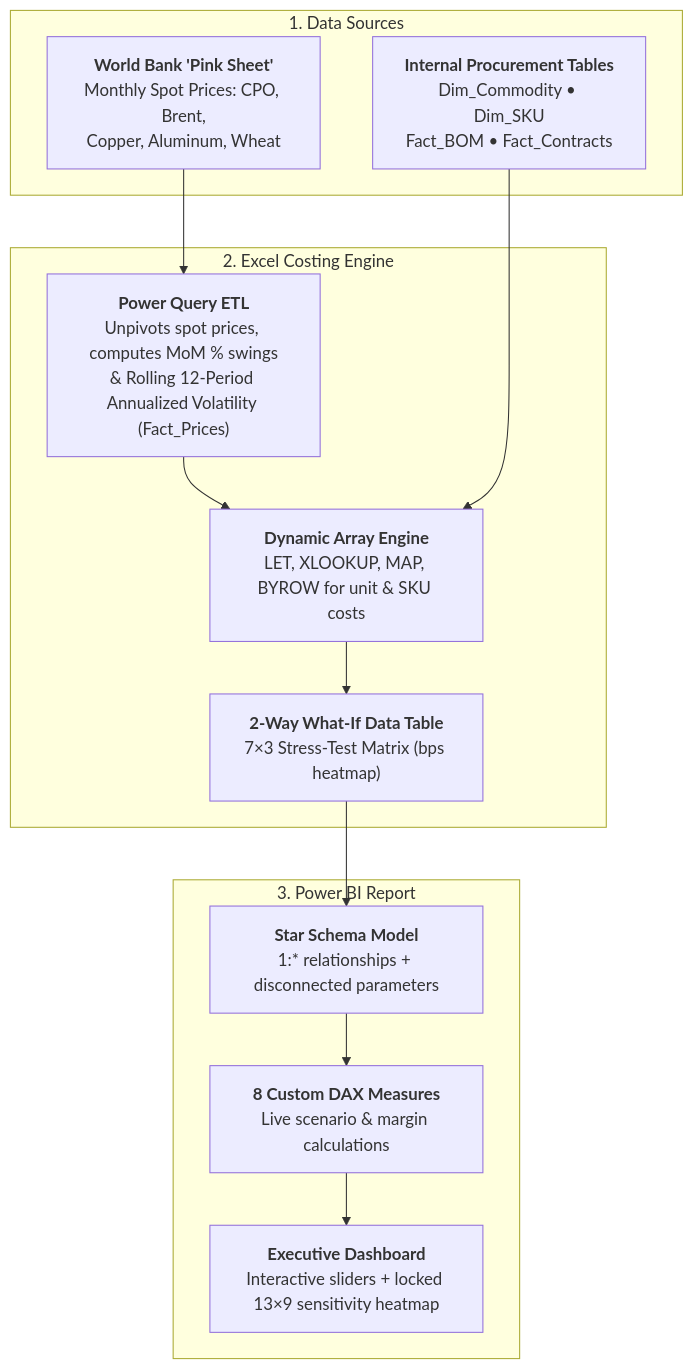
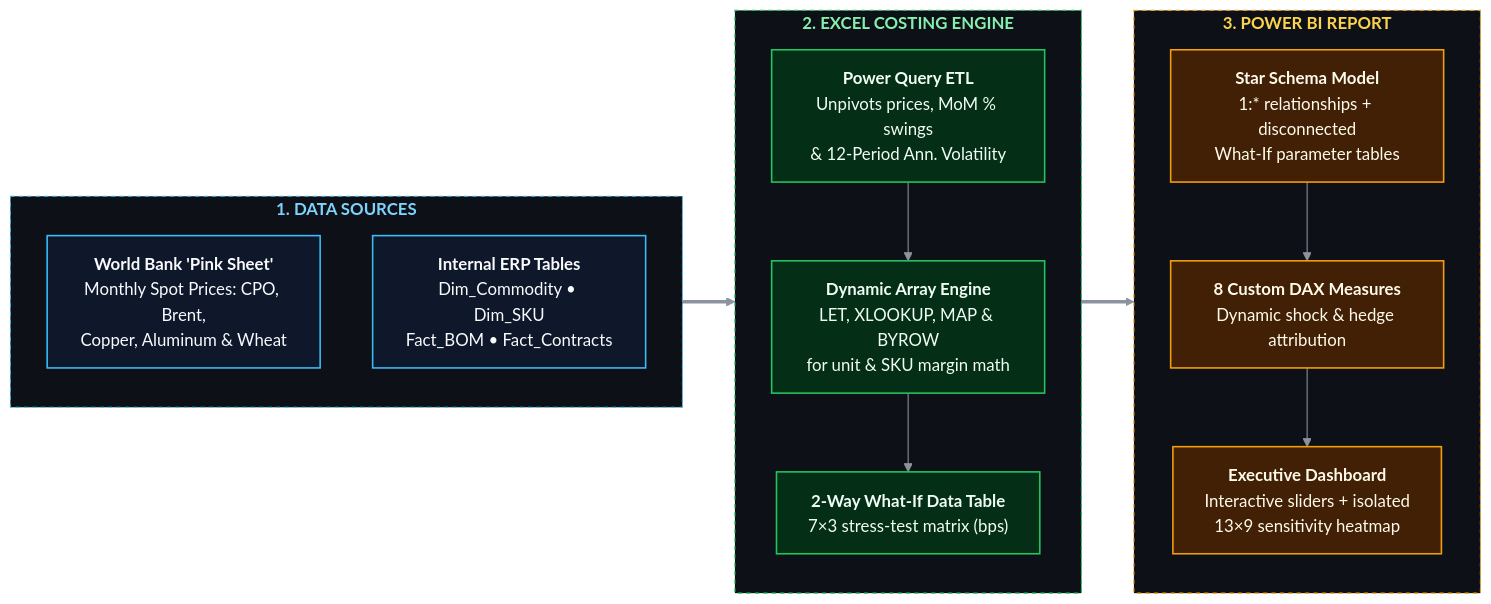
Before and after one commit to Legarelle/Procument: the diagram in README.md, drawn with Mermaid.

````diff
--- a/README.md
+++ b/README.md
@@ -33,25 +33,39 @@
 ```mermaid
-flowchart TD
-    subgraph Sources["1. Data Sources"]
-        WB["<b>World Bank 'Pink Sheet'</b><br/>Monthly Spot Prices: CPO, Brent,<br/>Copper, Aluminum, Wheat"]
-        ERP["<b>Internal Procurement Tables</b><br/>Dim_Commodity • Dim_SKU<br/>Fact_BOM • Fact_Contracts"]
+%%{init: {'theme': 'base', 'themeVariables': { 'lineColor': '#8b949e', 'fontFamily': 'ui-sans-serif, system-ui, -apple-system, BlinkMacSystemFont, Segoe UI, Roboto, Helvetica, Arial, sans-serif'}}}%%
+flowchart LR
+    subgraph Sources["<b>1. DATA SOURCES</b>"]
+        direction TB
+        WB["<b>World Bank 'Pink Sheet'</b><br/>Monthly Spot Prices: CPO, Brent,<br/>Copper, Aluminum & Wheat"]
+        ERP["<b>Internal ERP Tables</b><br/>Dim_Commodity • Dim_SKU<br/>Fact_BOM • Fact_Contracts"]
     end
 
-    subgraph Excel["2. Excel Costing Engine"]
-        PQ["<b>Power Query ETL</b><br/>Unpivots spot prices, computes MoM % swings<br/>& Rolling 12-Period Annualized Volatility (Fact_Prices)"]
-        DA["<b>Dynamic Array Engine</b><br/>LET, XLOOKUP, MAP, BYROW for unit & SKU costs"]
-        WT["<b>2-Way What-If Data Table</b><br/>7×3 Stress-Test Matrix (bps heatmap)"]
+    subgraph Excel["<b>2. EXCEL COSTING ENGINE</b>"]
+        direction TB
+        PQ["<b>Power Query ETL</b><br/>Unpivots prices, MoM % swings<br/>& 12-Period Ann. Volatility"]
+        DA["<b>Dynamic Array Engine</b><br/>LET, XLOOKUP, MAP & BYROW<br/>for unit & SKU margin math"]
+        WT["<b>2-Way What-If Data Table</b><br/>7×3 stress-test matrix (bps)"]
         PQ --> DA --> WT
     end
 
-    subgraph PowerBI["3. Power BI Report"]
-        SS["<b>Star Schema Model</b><br/>1:* relationships + disconnected parameters"]
-        DAX["<b>8 Custom DAX Measures</b><br/>Live scenario & margin calculations"]
-        DB["<b>Executive Dashboard</b><br/>Interactive sliders + locked 13×9 sensitivity heatmap"]
+    subgraph PowerBI["<b>3. POWER BI REPORT</b>"]
+        direction TB
+        SS["<b>Star Schema Model</b><br/>1:* relationships + disconnected<br/>What-If parameter tables"]
+        DAX["<b>8 Custom DAX Measures</b><br/>Dynamic shock & hedge attribution"]
+        DB["<b>Executive Dashboard</b><br/>Interactive sliders + isolated<br/>13×9 sensitivity heatmap"]
         SS --> DAX --> DB
     end
 
-    WB --> PQ
-    ERP --> DA
-    WT --> SS
+    Sources ==> Excel ==> PowerBI
+
+    classDef sourceStyle fill:#0f172a,stroke:#38bdf8,stroke-width:1.5px,color:#f8fafc
+    classDef excelStyle fill:#052e16,stroke:#22c55e,stroke-width:1.5px,color:#f0fdf4
+    classDef pbiStyle fill:#422006,stroke:#f59e0b,stroke-width:1.5px,color:#fffbeb
+
+    class WB,ERP sourceStyle
+    class PQ,DA,WT excelStyle
+    class SS,DAX,DB pbiStyle
+
+    style Sources fill:#0d1117,stroke:#38bdf8,stroke-width:1px,stroke-dasharray:4 4,color:#7dd3fc
+    style Excel fill:#0d1117,stroke:#22c55e,stroke-width:1px,stroke-dasharray:4 4,color:#86efac
+    style PowerBI fill:#0d1117,stroke:#f59e0b,stroke-width:1px,stroke-dasharray:4 4,color:#fcd34d
 ```
````
